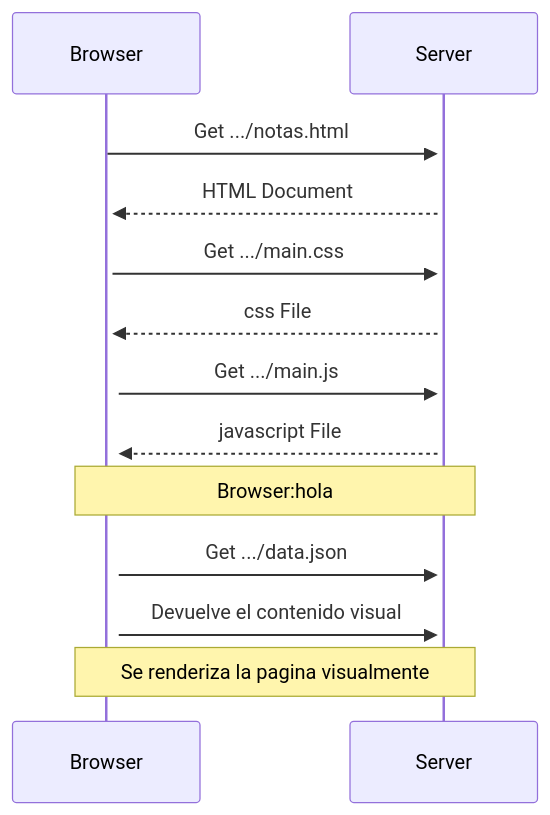
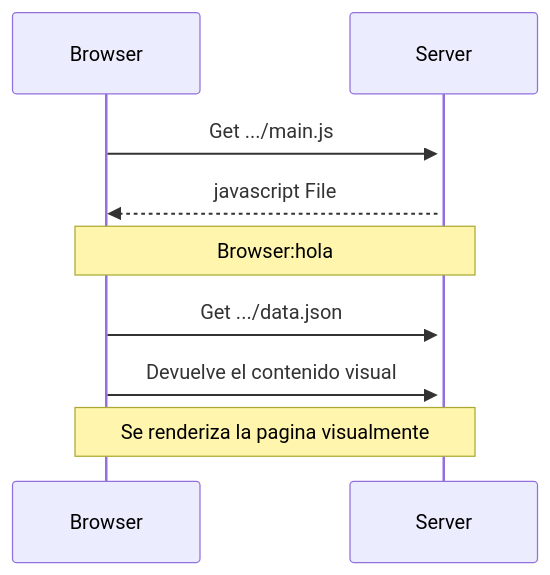
One commit to oeajcarlos/graficotarea changed the diagram in graficoOS0.md. Above: the diagram before and after it, drawn with Mermaid. The commit also changed other lines of this file, not shown here.

````diff
--- a/graficoOS0.md
+++ b/graficoOS0.md
@@ -3,15 +3,12 @@
 ```mermaid
 sequenceDiagram
 
-Browser->>+Server:Get .../notas.html;
-Server-->>+Browser:HTML Document;
-Browser->>+Server:Get .../main.css;
-Server-->>+Browser: css File;
+
+
 Browser->>+Server:Get .../main.js;
 Server-->>Browser: javascript File;
 Note over Browser,Server: Browser:hola
 Browser->>+Server:Get .../data.json;
 Browser->>+Server:Devuelve el contenido visual;
 Note over Browser,Server: Se renderiza la pagina visualmente
-
 ```
````
